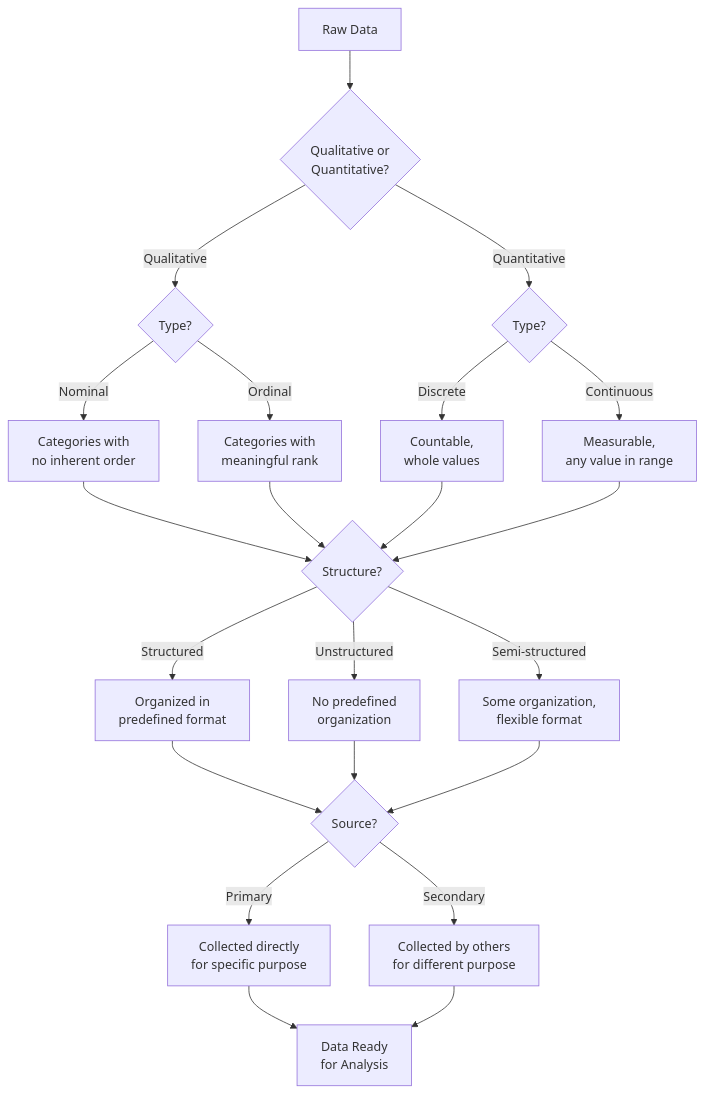
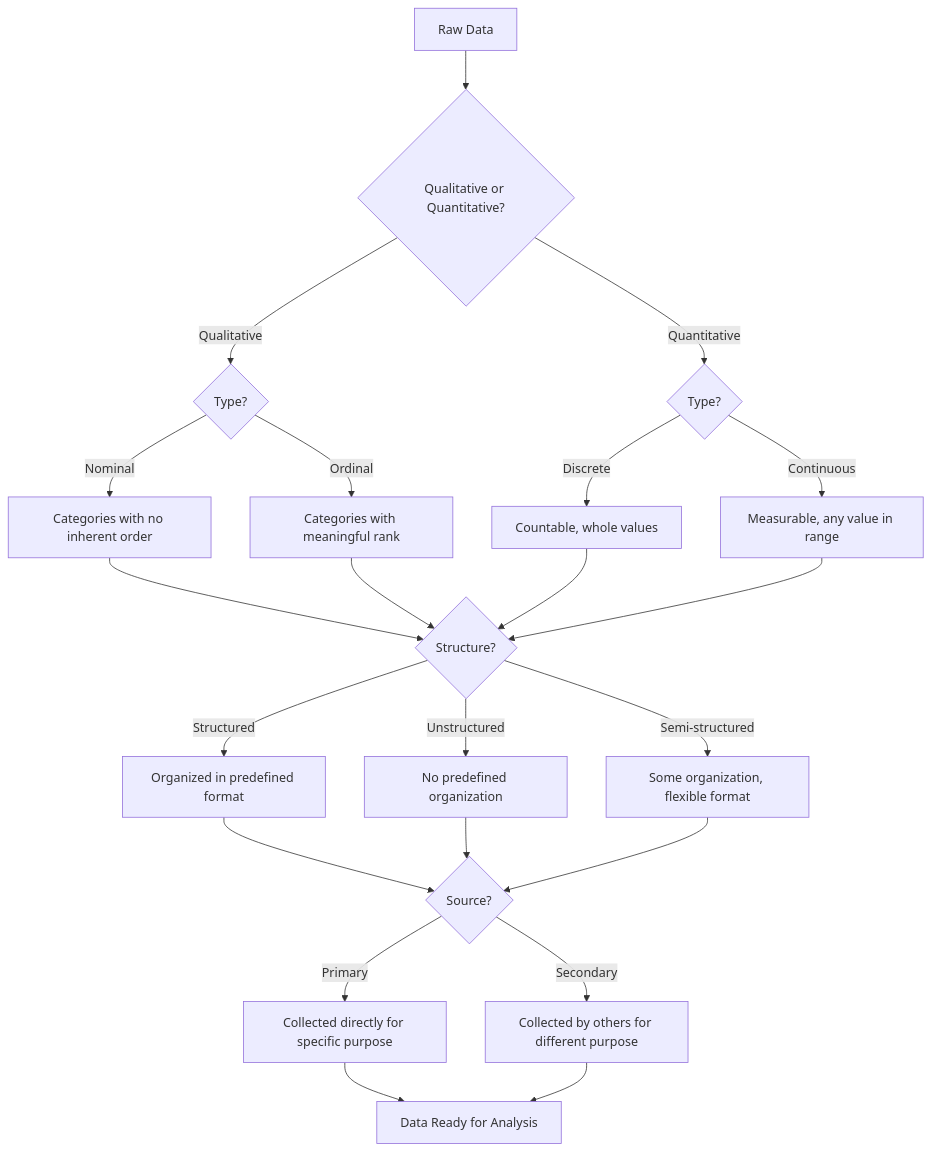
One commit to Aya-Omar-Abdeltawab/introduction_to_data_analysis changed the diagram in lesson2.md. Above: the diagram before and after it, drawn with Mermaid.

Commit message:
Fix formatting inconsistencies in flowchart for clarity and readability

````diff
--- a/lesson2.md
+++ b/lesson2.md
@@ -332,32 +332,32 @@
 ```mermaid
 flowchart TD
-    A[Raw Data] --> B{Qualitative or\nQuantitative?}
+    A[Raw Data] --> B{Qualitative or Quantitative?}
 
     B -->|Qualitative| C{Type?}
     B -->|Quantitative| D{Type?}
 
-    C -->|Nominal| E[Categories with\nno inherent order]
-    C -->|Ordinal| F[Categories with\nmeaningful rank]
+    C -->|Nominal| E[Categories with no inherent order]
+    C -->|Ordinal| F[Categories with meaningful rank]
 
-    D -->|Discrete| G[Countable,\nwhole values]
-    D -->|Continuous| H[Measurable,\nany value in range]
+    D -->|Discrete| G[Countable, whole values]
+    D -->|Continuous| H[Measurable, any value in range]
 
     E --> I{Structure?}
     F --> I
     G --> I
     H --> I
 
-    I -->|Structured| J[Organized in\npredefined format]
-    I -->|Unstructured| K[No predefined\norganization]
-    I -->|Semi-structured| L[Some organization,\nflexible format]
+    I -->|Structured| J[Organized in predefined format]
+    I -->|Unstructured| K[No predefined organization]
+    I -->|Semi-structured| L[Some organization, flexible format]
 
     J --> M{Source?}
     K --> M
     L --> M
 
-    M -->|Primary| N[Collected directly\nfor specific purpose]
-    M -->|Secondary| O[Collected by others\nfor different purpose]
+    M -->|Primary| N[Collected directly for specific purpose]
+    M -->|Secondary| O[Collected by others for different purpose]
 
-    N --> P[Data Ready\nfor Analysis]
+    N --> P[Data Ready for Analysis]
     O --> P
 ```
````
